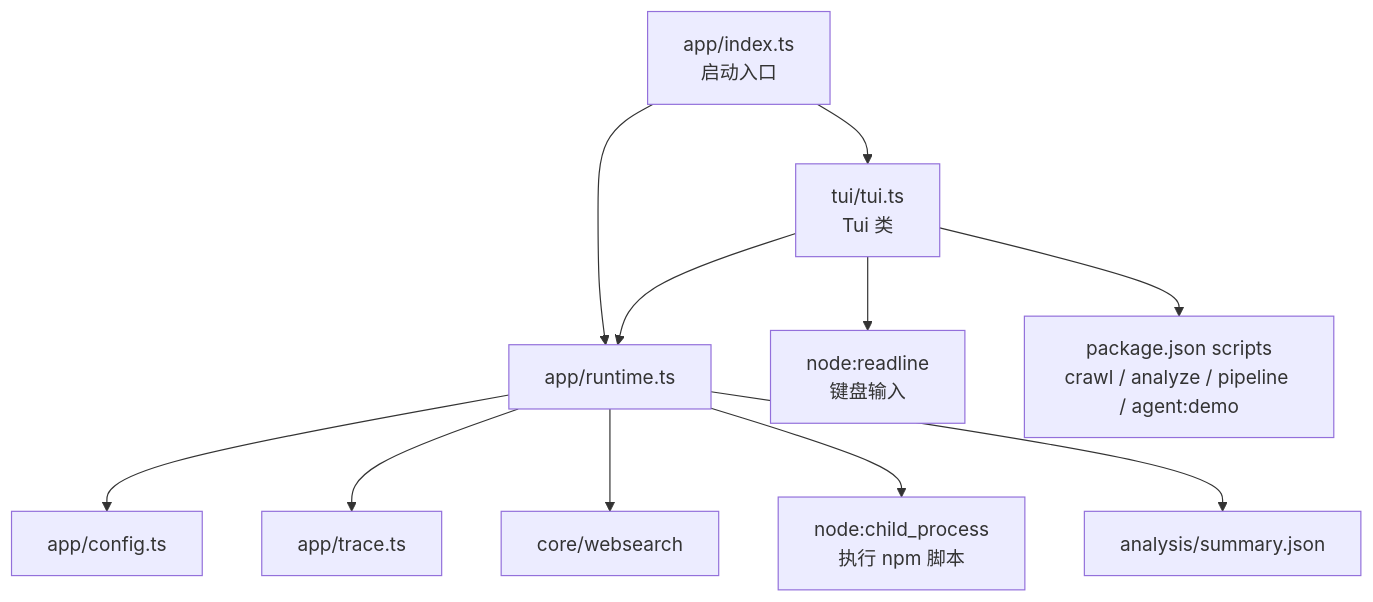
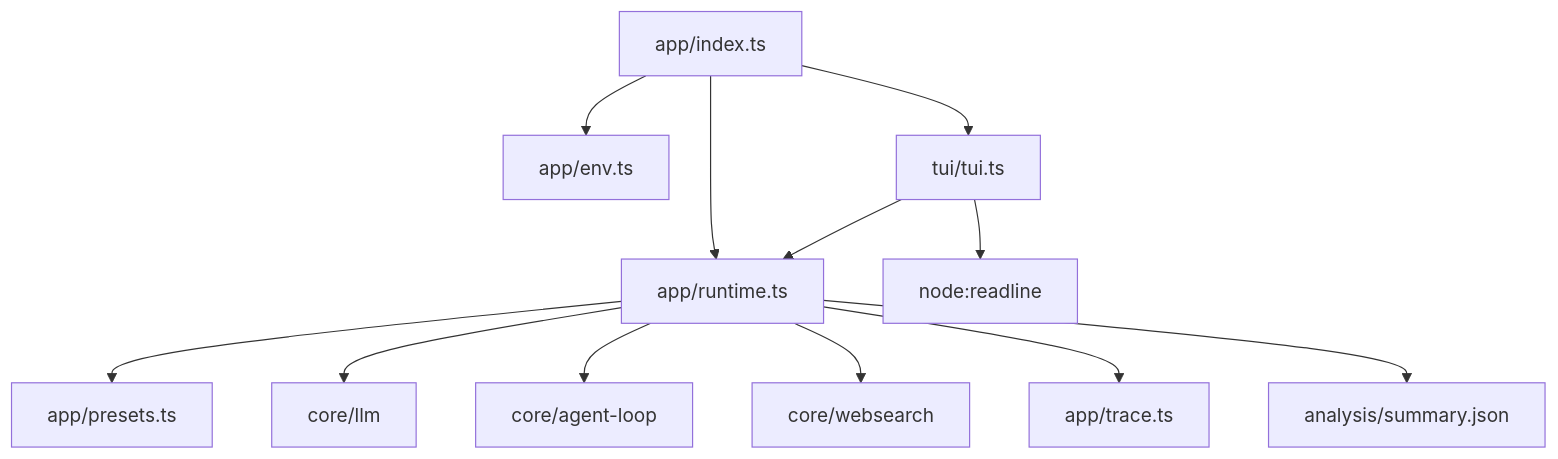
One commit to zws2005/douban-top250-crawler changed the diagram in src/app/tui/tui.md. Above: the diagram before and after it, drawn with Mermaid. The commit also changed other lines of this file and 5 other files, not shown here.

Commit message:
feat: convert tui to chat-style agent console

````diff
--- a/src/app/tui/tui.md
+++ b/src/app/tui/tui.md
@@ -32,13 +34,14 @@
 ```mermaid
 graph TD
-  INDEX["app/index.ts<br/>启动入口"] --> RUNTIME["app/runtime.ts"]
-  INDEX --> TUI["tui/tui.ts<br/>Tui 类"]
+  INDEX["app/index.ts"] --> ENV["app/env.ts"]
+  INDEX --> RUNTIME["app/runtime.ts"]
+  INDEX --> TUI["tui/tui.ts"]
   TUI --> RUNTIME
-  RUNTIME --> CONFIG["app/config.ts"]
+  RUNTIME --> PRESET["app/presets.ts"]
+  RUNTIME --> LLM["core/llm"]
+  RUNTIME --> AGENT["core/agent-loop"]
+  RUNTIME --> WEB["core/websearch"]
   RUNTIME --> TRACE["app/trace.ts"]
-  RUNTIME --> WEBSEARCH["core/websearch"]
-  RUNTIME --> CHILD["node:child_process<br/>执行 npm 脚本"]
   RUNTIME --> SUMMARY["analysis/summary.json"]
-  TUI --> READLINE["node:readline<br/>键盘输入"]
-  TUI --> SCRIPTS["package.json scripts<br/>crawl / analyze / pipeline / agent:demo"]
+  TUI --> READLINE["node:readline"]
 ```
````
